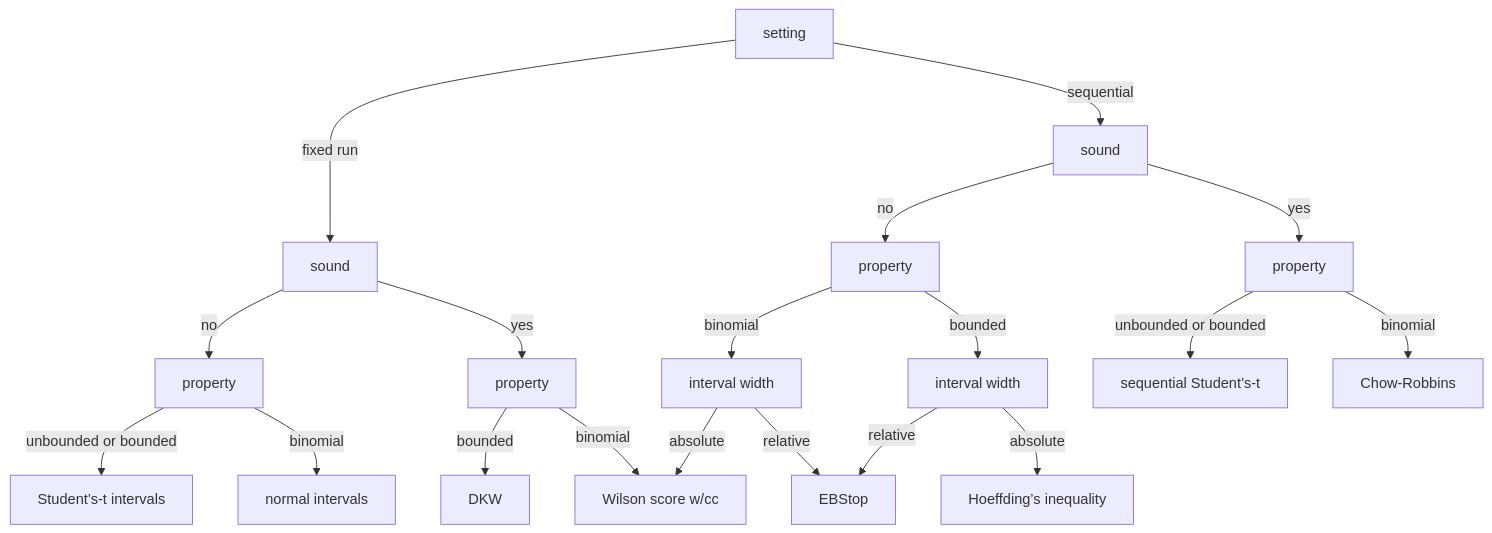
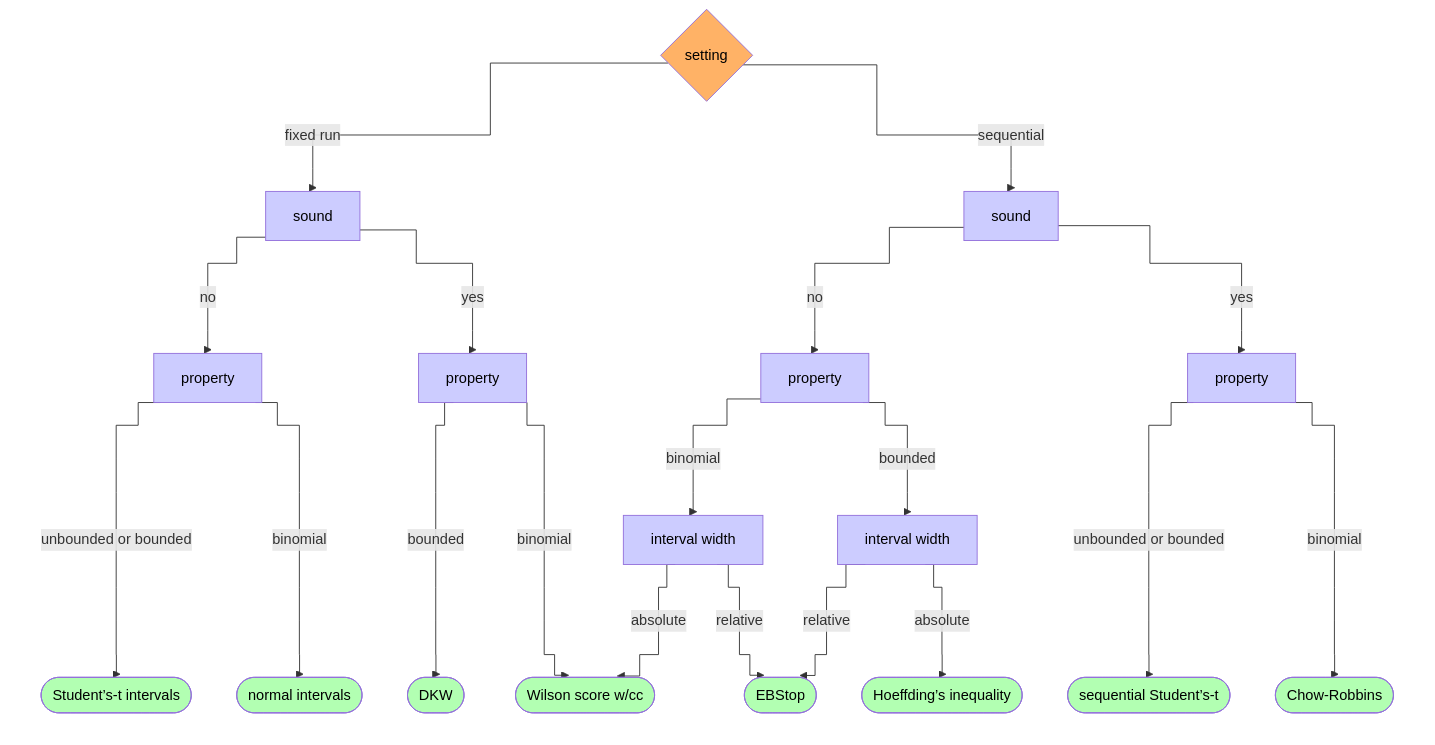
Before and after one commit to neuro-mechanistic-modeling/PyDSMC: the diagram in README.md, drawn with Mermaid. The commit also changed 17 other files, not shown here.

````diff
--- a/README.md
+++ b/README.md
@@ -113,29 +113,66 @@
 ```mermaid
-graph TD;
-  A["setting"] -->|fixed run| B["sound"]
-  A -->|sequential| C["sound"]
+%%{ init: { 'flowchart': { 'curve': 'step' } } }%%
+flowchart TD;
+  classDef sm fill:#b2ffb2,color:#000000
+  classDef dec fill:#ccccff,color:#000000
 
-  B -->|no| D["property"]
-  B -->|yes| E["property"]
+  A{"setting"} -->|fixed run| B["sound"]:::dec
+  style A fill:#ffb266,color:#000
+  A -->|sequential| C["sound"]:::dec
 
-  D -->|unbounded or bounded| F["Student’s-t intervals"]
-  D -->|binomial| G["normal intervals"]
+  B -->|no| D["property"]:::dec
+  B -->|yes| E["property"]:::dec
 
-  E -->|bounded| I["DKW"]
-  E -->|binomial| J["Wilson score w/cc"]
+  D -->|unbounded or bounded| F(["Student’s-t intervals"]):::sm
+  D -->|binomial| G(["normal intervals"]):::sm
 
-  C -->|no| K["property"]
-  C -->|yes| L["property"]
+  E -->|bounded| I(["DKW"]):::sm
+  E -->|binomial| J(["Wilson score w/cc"]):::sm
 
-  K -->|binomial| M["interval width"]
-  K -->|bounded| N["interval width"]
+  C -->|no| K["property"]:::dec
+  C -->|yes| L["property"]:::dec
 
-  M -->|absolute| J["Wilson score w/cc"]
-  M -->|relative| O["EBStop"]
+  K -->|binomial| M["interval width"]:::dec
+  K -->|bounded| N["interval width"]:::dec
 
-  N -->|absolute| Q["Hoeffding’s inequality"]
-  N -->|relative| O["EBStop"]
+  M -->|absolute| J
+  M -->|relative| O(["EBStop"]):::sm
 
-  L -->|unbounded or bounded| R["sequential Student’s-t"]
-  L -->|binomial| S["Chow-Robbins"]
+  N -->|absolute| Q(["Hoeffding’s inequality"]):::sm
+  N -->|relative| O
+  L -->|unbounded or bounded| R(["sequential Student’s-t"]):::sm
+  L -->|binomial| S(["Chow-Robbins"]):::sm
+
+  subgraph iw[" "]
+    M
+    N
+  end
+
+  subgraph prop[" "]
+    D
+    E
+    K
+    L
+  end
+
+  subgraph sound[" "]
+    B
+    C
+  end
+
+  subgraph StatMethod[" "]
+    I
+    J
+    G
+    F
+    O
+    Q
+    R
+    S
+  end
+
+  style StatMethod fill:none,stroke:none,heading:none;
+  style sound fill:none,stroke:none,heading:none;
+  style prop fill:none,stroke:none,heading:none;
+  style iw fill:none,stroke:none,heading:none;
 ```
````
